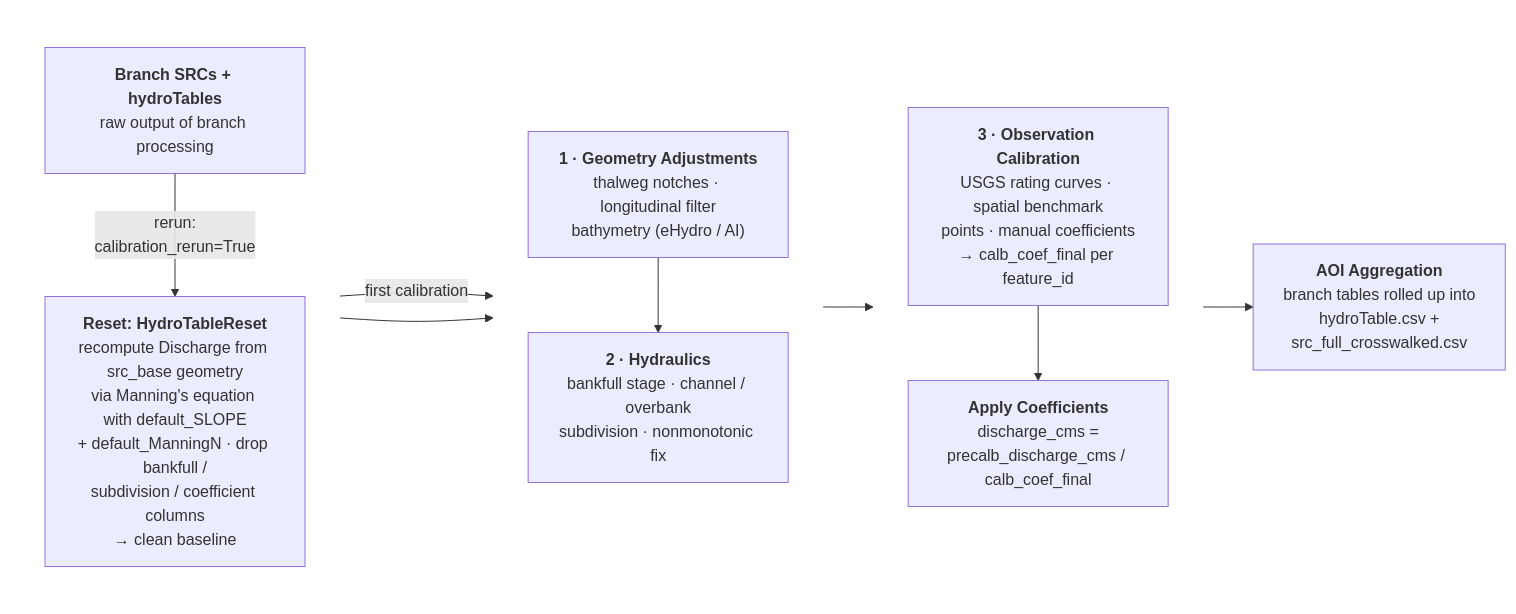
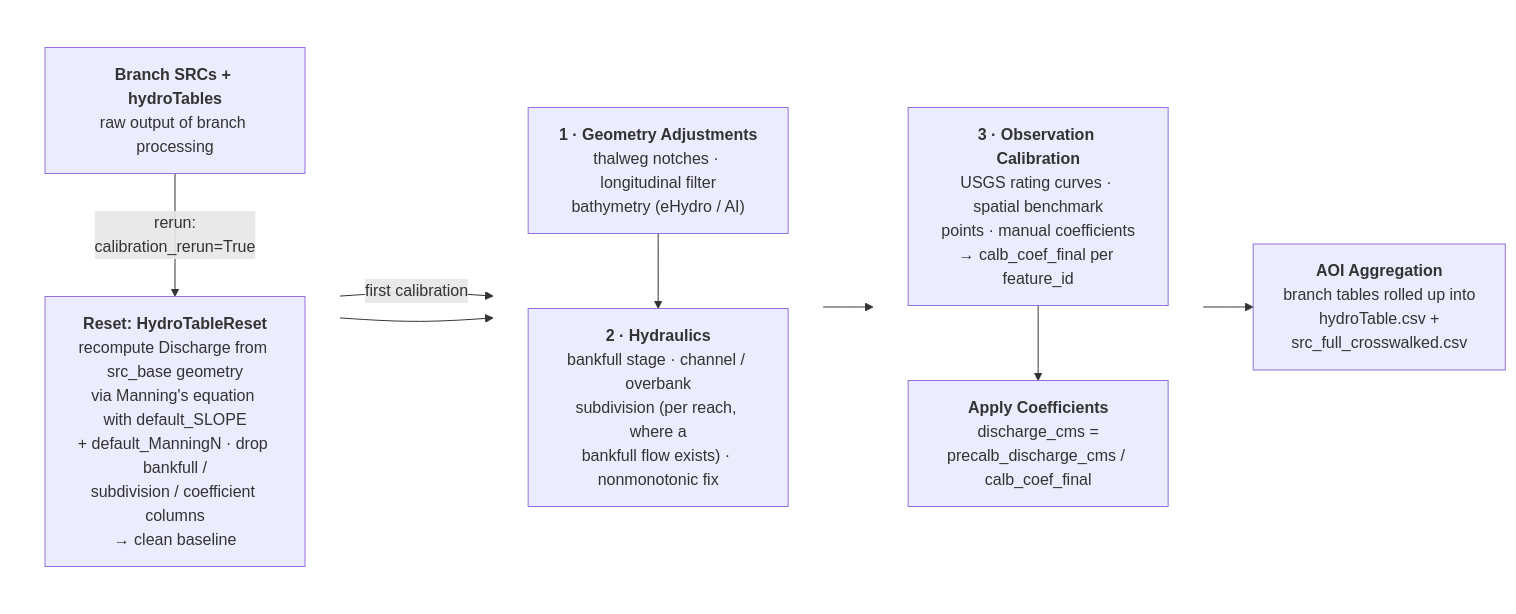
Before and after one commit to sdmlua/fimbox: the diagram in workflows/calibrate_ratingcurve.mmd, drawn with Mermaid. The commit also changed 34 other files, not shown here.

```diff
--- a/workflows/calibrate_ratingcurve.mmd
+++ b/workflows/calibrate_ratingcurve.mmd
@@ -1,27 +1,27 @@
 flowchart LR
     subgraph S1[" "]
         direction TB
         A["<b>Branch SRCs + hydroTables</b><br/>raw output of branch processing"]
         RST["<b>Reset: HydroTableReset</b><br/>recompute Discharge from src_base geometry<br/>via Manning's equation with default_SLOPE<br/>+ default_ManningN &middot; drop bankfull /<br/>subdivision / coefficient columns<br/>&rarr; clean baseline"]
         A -- "rerun:<br/>calibration_rerun=True" --> RST
     end
     subgraph S2[" "]
         direction TB
         G["<b>1 &middot; Geometry Adjustments</b><br/>thalweg notches &middot; longitudinal filter<br/>bathymetry (eHydro / AI)"]
-        H["<b>2 &middot; Hydraulics</b><br/>bankfull stage &middot; channel / overbank<br/>subdivision &middot; nonmonotonic fix"]
+        H["<b>2 &middot; Hydraulics</b><br/>bankfull stage &middot; channel / overbank<br/>subdivision (per reach, where a<br/>bankfull flow exists) &middot; nonmonotonic fix"]
         G --> H
     end
     subgraph S3[" "]
         direction TB
         O["<b>3 &middot; Observation Calibration</b><br/>USGS rating curves &middot; spatial benchmark<br/>points &middot; manual coefficients<br/>&rarr; calb_coef_final per feature_id"]
         AP["<b>Apply Coefficients</b><br/>discharge_cms =<br/>precalb_discharge_cms / calb_coef_final"]
         O --> AP
     end
     AG["<b>AOI Aggregation</b><br/>branch tables rolled up into<br/>hydroTable.csv +<br/>src_full_crosswalked.csv"]
     A -- "first calibration" --> G
     RST --> G
     H --> O
     AP --> AG
     style S1 fill:none,stroke:none
     style S2 fill:none,stroke:none
     style S3 fill:none,stroke:none
```
